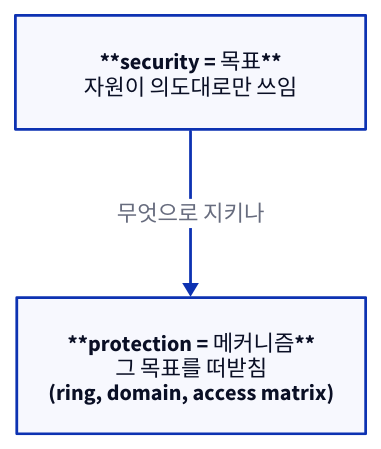
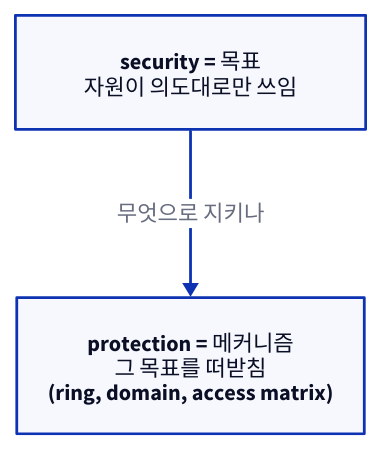
The second of 4 diagrams in starlight_site/src/content/docs/os_for_dv/06_protection_security.md (humbleowl39/DV_SKOOL), drawn with D2 before and after one commit. The commit also changed other lines of this file and 714 other files, not shown here.

First line of the commit message:
fix(site): d2 다이어그램 가독성 결함 6종 일괄 수정

````diff
--- a/starlight_site/src/content/docs/os_for_dv/06_protection_security.md
+++ b/starlight_site/src/content/docs/os_for_dv/06_protection_security.md
@@ -62,7 +62,7 @@
 ```d2
 direction: down
 
-SEC: "**security = 목표**\n자원이 의도대로만 쓰임"
-PROT: "**protection = 메커니즘**\n그 목표를 떠받침\n(ring, domain, access matrix)"
+SEC: "security = 목표\n자원이 의도대로만 쓰임"
+PROT: "protection = 메커니즘\n그 목표를 떠받침\n(ring, domain, access matrix)"
 SEC -> PROT: "무엇으로 지키나"
 ```
````
